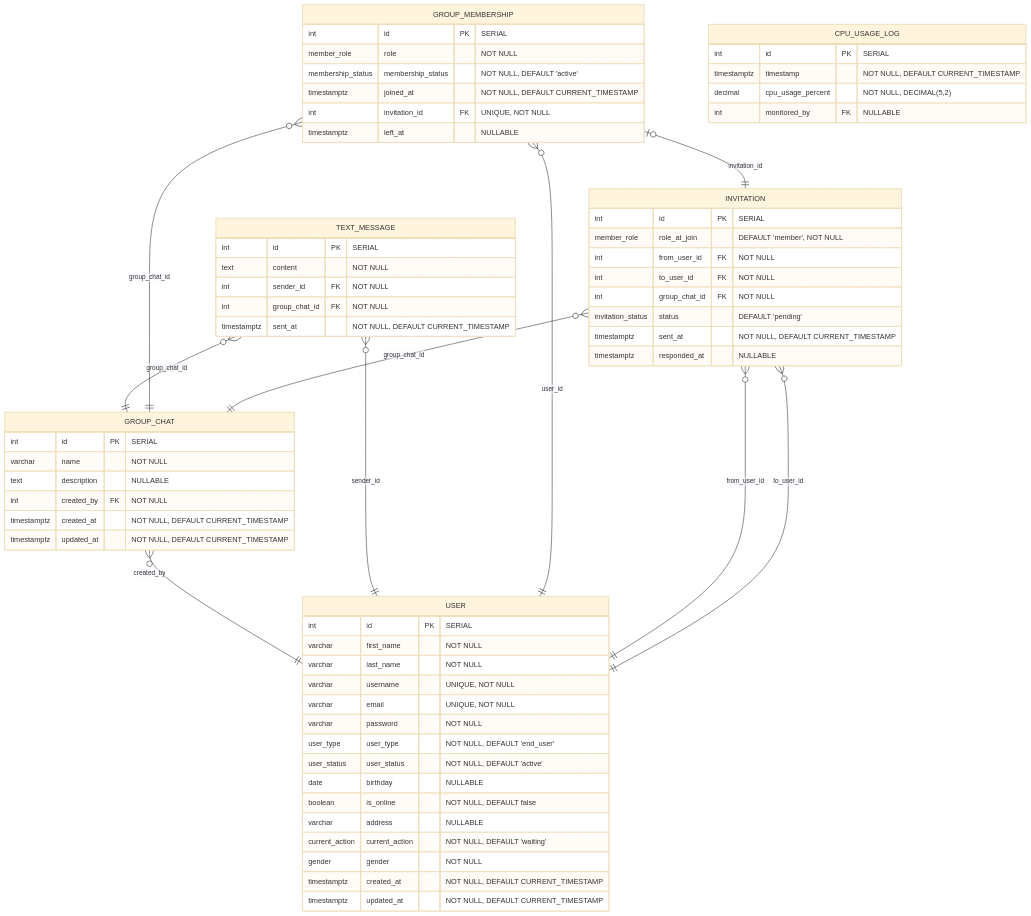
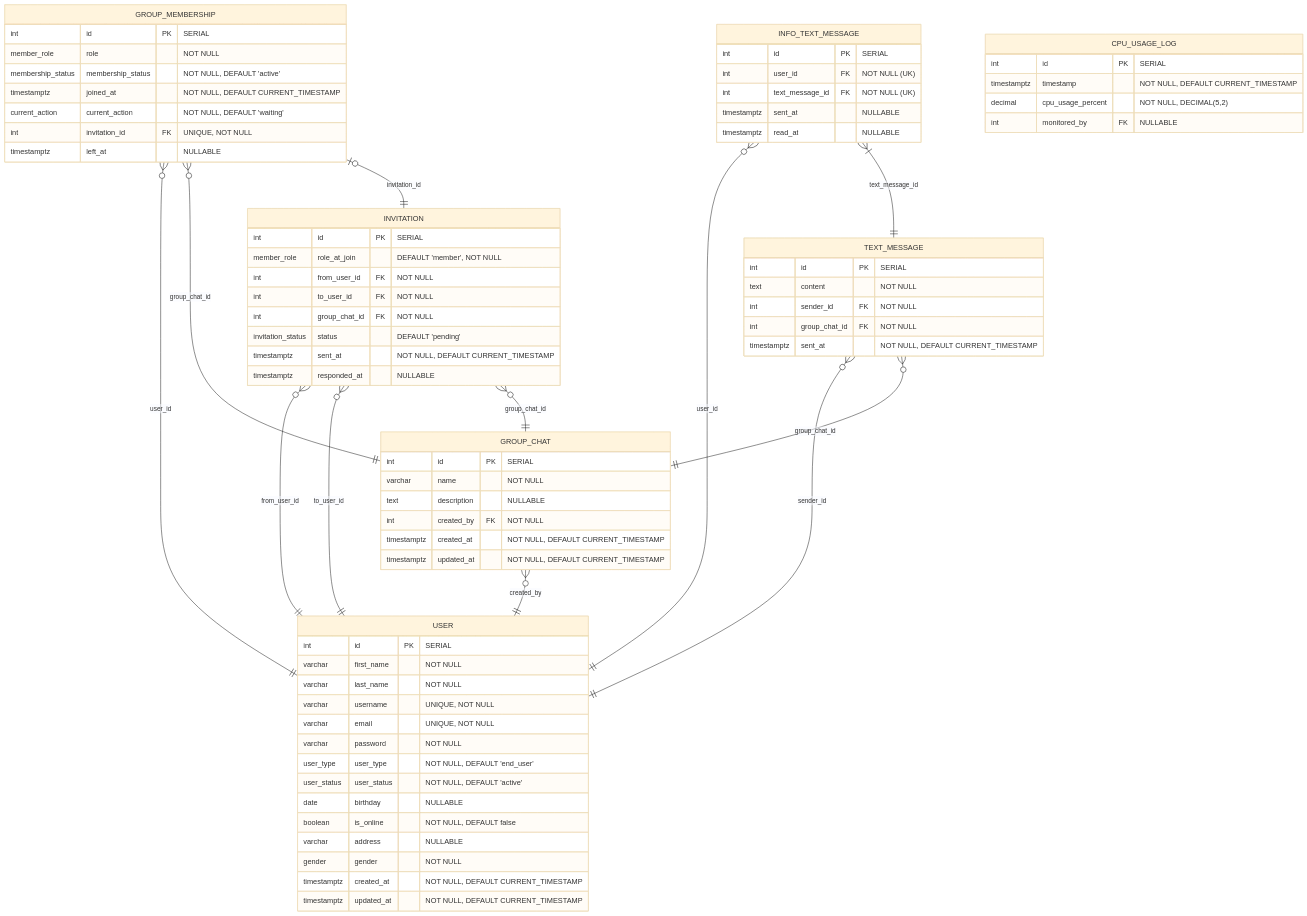
Before and after one commit to Enric0-Balb0/ruggine-chat: the diagram in doc/database.md, drawn with Mermaid (base theme). The commit also changed 40 other files, not shown here.

Commit message:
remove current action from user and add it to group membership

````diff
--- a/doc/database.md
+++ b/doc/database.md
@@ -15,7 +15,6 @@
         date birthday "NULLABLE"
         boolean is_online "NOT NULL, DEFAULT false"
         varchar address "NULLABLE"
-        current_action current_action "NOT NULL, DEFAULT 'waiting'"
         gender gender "NOT NULL"
         timestamptz created_at "NOT NULL, DEFAULT CURRENT_TIMESTAMP"
         timestamptz updated_at "NOT NULL, DEFAULT CURRENT_TIMESTAMP"
@@ -40,12 +39,23 @@
         timestamptz sent_at "NOT NULL, DEFAULT CURRENT_TIMESTAMP"
     }
 
+    %% InfoMessage Entity
+    INFO_TEXT_MESSAGE {
+        int id PK "SERIAL"
+        int user_id FK "NOT NULL (UK)"
+        int text_message_id FK "NOT NULL (UK)"
+        timestamptz sent_at "NULLABLE"
+        timestamptz read_at "NULLABLE"
+    }
+    %% Nota: UNIQUE(user_id, text_message_id)
+
     %% GroupMembership Entity
     GROUP_MEMBERSHIP {
         int id PK "SERIAL"
         member_role role "NOT NULL"
         membership_status membership_status "NOT NULL, DEFAULT 'active'"
         timestamptz joined_at "NOT NULL, DEFAULT CURRENT_TIMESTAMP"
+        current_action current_action "NOT NULL, DEFAULT 'waiting'"
         int invitation_id FK "UNIQUE, NOT NULL"
         timestamptz left_at "NULLABLE"
     }
@@ -81,4 +91,6 @@
     INVITATION }o--|| USER : "from_user_id"
     INVITATION }o--|| USER : "to_user_id"
     INVITATION }o--|| GROUP_CHAT : "group_chat_id"
+    INFO_TEXT_MESSAGE }o--|| USER : "user_id"
+    INFO_TEXT_MESSAGE }|--|| TEXT_MESSAGE : "text_message_id"
 ```
````
